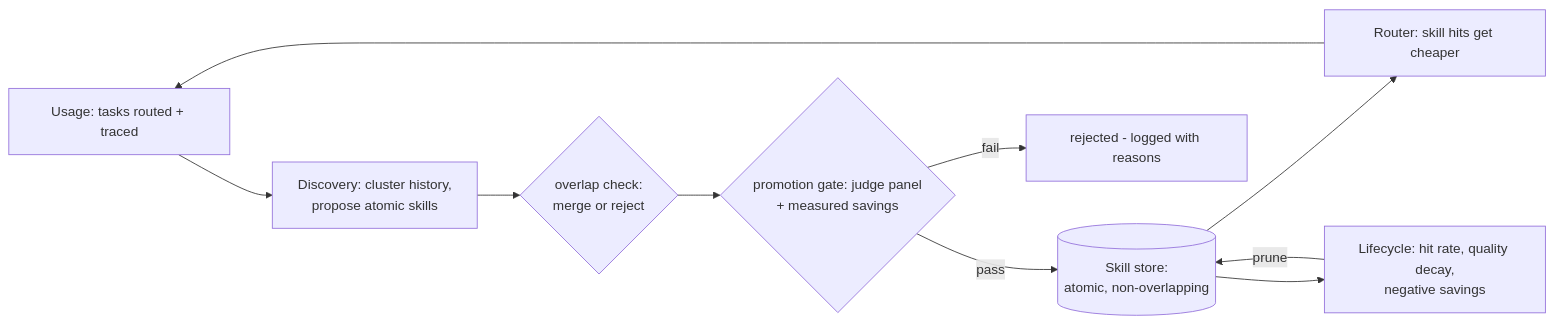
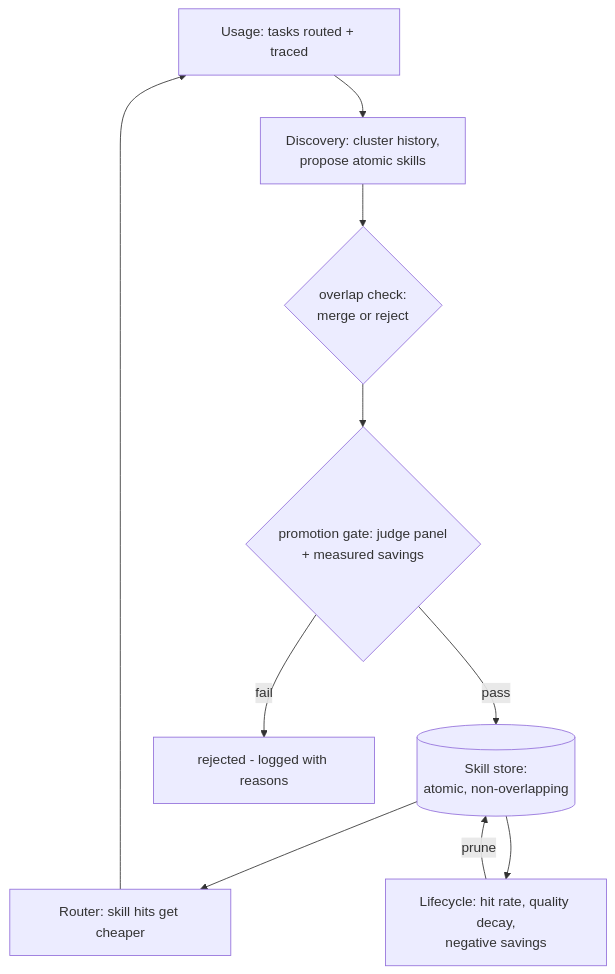
The second of 2 diagrams in README.md (atharvdesai/muscle-memory), drawn with Mermaid before and after one commit.

Commit message:
README: learning-loop diagram LR -> TD for readable default zoom

````diff
--- a/README.md
+++ b/README.md
@@ -31,12 +31,12 @@
 ```mermaid
-flowchart LR
-    U[Usage: tasks routed + traced] --> D["Discovery: cluster history,<br/>propose atomic skills"]
+flowchart TD
+    U["Usage: tasks routed + traced"] --> D["Discovery: cluster history,<br/>propose atomic skills"]
     D --> O{"overlap check:<br/>merge or reject"}
     O --> G{"promotion gate: judge panel<br/>+ measured savings"}
     G -->|pass| S[(Skill store:<br/>atomic, non-overlapping)]
     G -->|fail| R[rejected - logged with reasons]
     S --> RT["Router: skill hits get cheaper"]
     RT --> U
     S --> L["Lifecycle: hit rate, quality decay,<br/>negative savings"]
     L -->|prune| S
 ```
````
